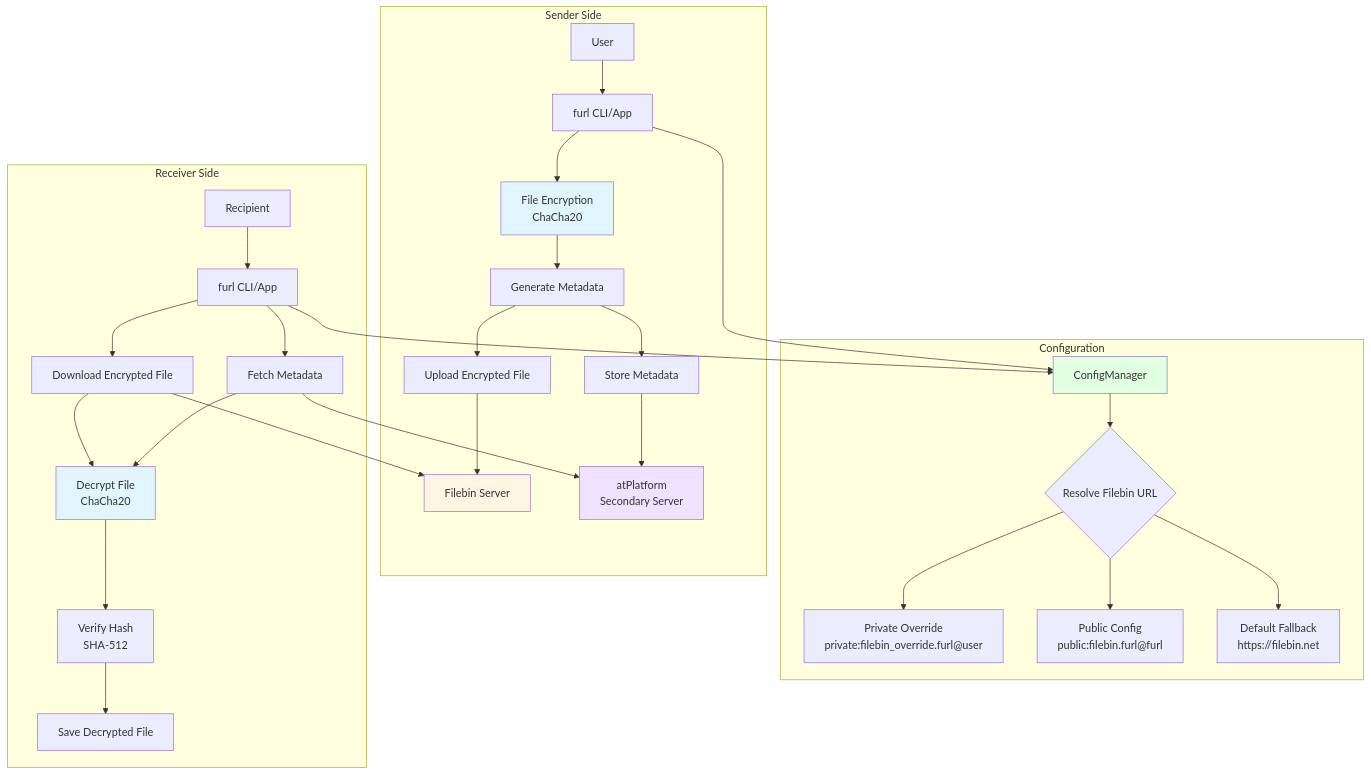
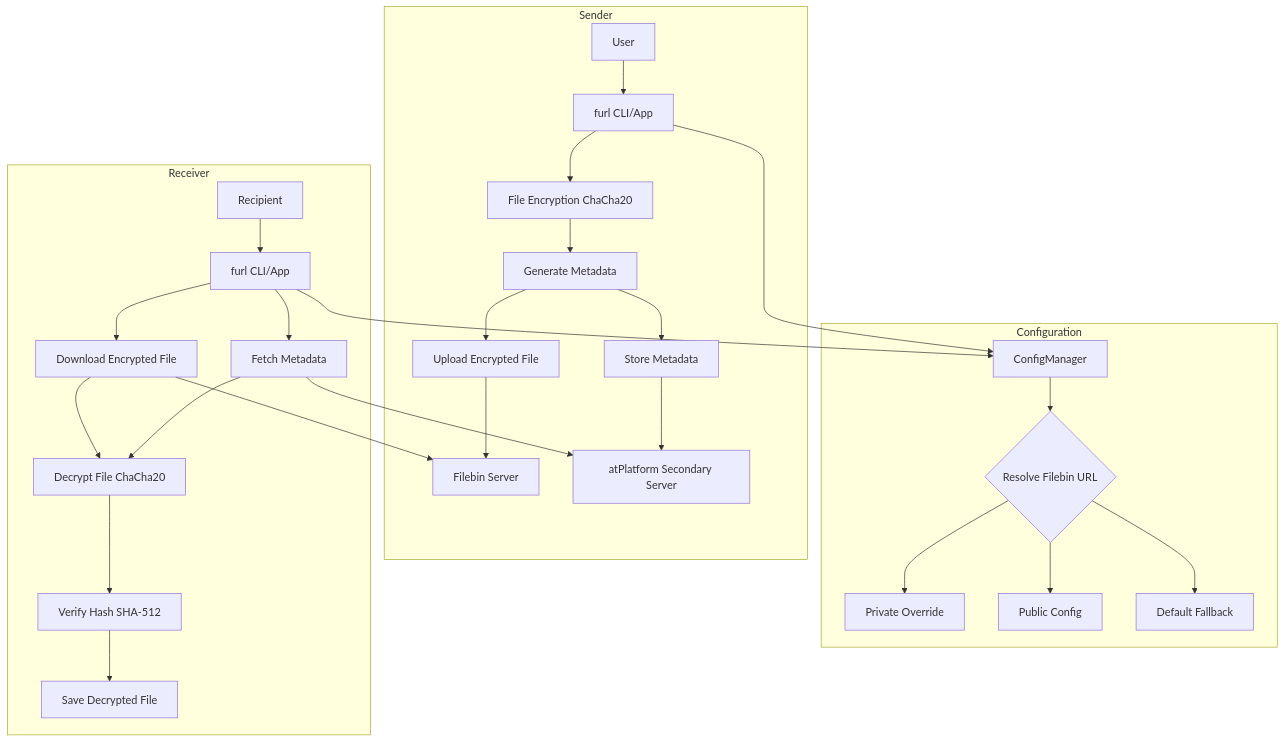
One commit to cconstab/furl changed the first of 6 diagrams in ARCHITECTURE.md. Above: the diagram before and after it, drawn with Mermaid. The commit also changed other lines of this file, not shown here.

````diff
--- a/ARCHITECTURE.md
+++ b/ARCHITECTURE.md
@@ -27,40 +27,34 @@
 ```mermaid
 graph TB
-    subgraph "Sender Side"
+    subgraph Sender
         A[User] --> B[furl CLI/App]
-        B --> C[File Encryption<br/>ChaCha20]
+        B --> C[File Encryption ChaCha20]
         C --> D[Generate Metadata]
         D --> E[Upload Encrypted File]
         D --> F[Store Metadata]
         E --> G[Filebin Server]
-        F --> H[atPlatform<br/>Secondary Server]
+        F --> H[atPlatform Secondary Server]
     end
     
-    subgraph "Configuration"
+    subgraph Configuration
         I[ConfigManager] --> J{Resolve Filebin URL}
-        J --> K[Private Override<br/>private:filebin_override.furl@user]
-        J --> L[Public Config<br/>public:filebin.furl@furl]
-        J --> M[Default Fallback<br/>https://filebin.net]
+        J --> K[Private Override]
+        J --> L[Public Config]
+        J --> M[Default Fallback]
     end
     
-    subgraph "Receiver Side"
+    subgraph Receiver
         N[Recipient] --> O[furl CLI/App]
         O --> P[Fetch Metadata]
         O --> Q[Download Encrypted File]
         P --> H
         Q --> G
-        P --> R[Decrypt File<br/>ChaCha20]
+        P --> R[Decrypt File ChaCha20]
         Q --> R
-        R --> S[Verify Hash<br/>SHA-512]
+        R --> S[Verify Hash SHA-512]
         S --> T[Save Decrypted File]
     end
     
     B --> I
     O --> I
-    
-    style C fill:#e1f5ff
-    style R fill:#e1f5ff
-    style G fill:#fff4e1
-    style H fill:#f0e1ff
-    style I fill:#e1ffe1
 ```
````
